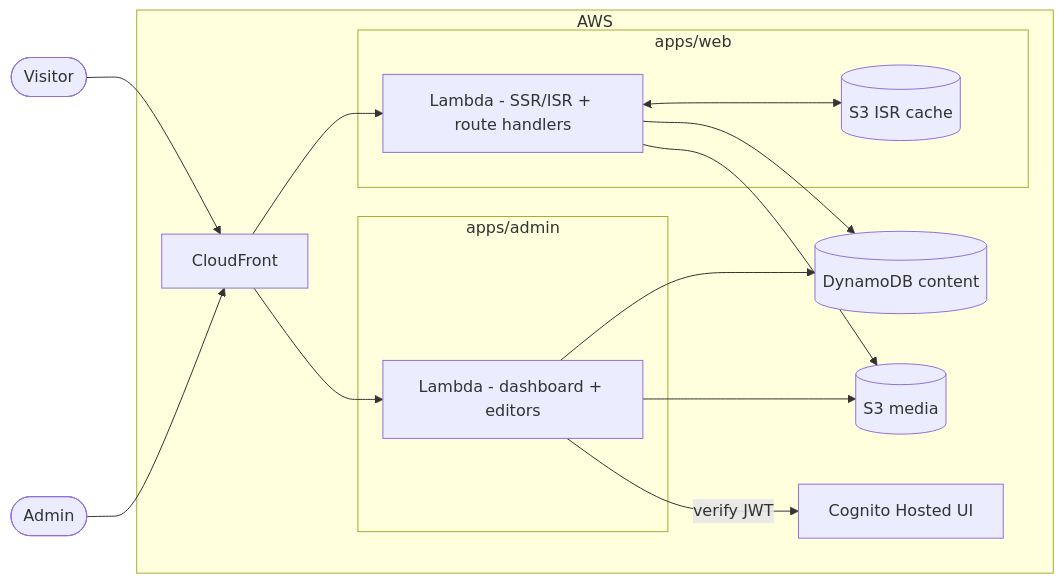
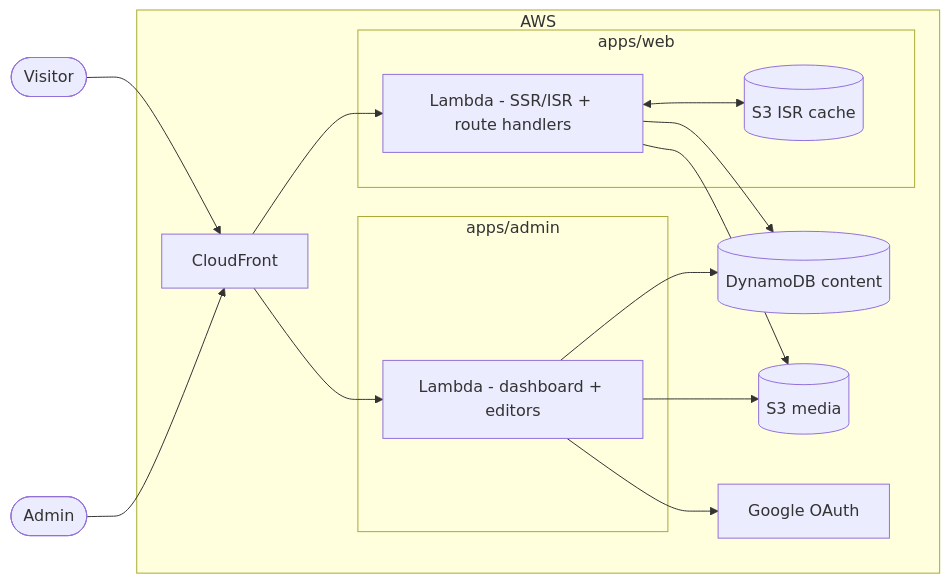
One commit to KhubaibQaiser/portfolio-v2 changed the diagram in README.md. Above: the diagram before and after it, drawn with Mermaid. The commit also changed other lines of this file and 35 other files, not shown here.

````diff
--- a/README.md
+++ b/README.md
@@ -40,28 +40,28 @@
 ```mermaid
 flowchart LR
   user([Visitor])
   admin_user([Admin])
 
   subgraph aws [AWS]
     cf[CloudFront]
     subgraph web [apps/web]
       webfn[Lambda - SSR/ISR + route handlers]
       s3cache[(S3 ISR cache)]
     end
     subgraph adm [apps/admin]
       admfn[Lambda - dashboard + editors]
     end
     ddb[(DynamoDB content)]
     s3media[(S3 media)]
-    cognito[Cognito Hosted UI]
+    google[Google OAuth]
   end
 
   user --> cf --> webfn
   webfn <--> s3cache
   webfn --> ddb
   webfn --> s3media
   admin_user --> cf --> admfn
-  admfn -->|verify JWT| cognito
+  admfn --> google
   admfn --> ddb
   admfn --> s3media
 ```
````
